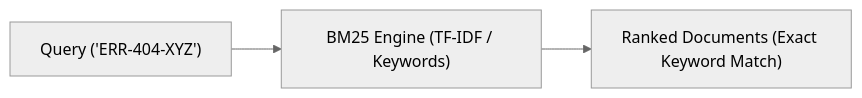
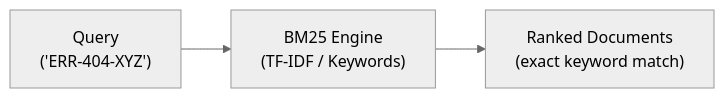
Before and after one commit to satyam0singh/Agentic-AI: the eighth of 13 diagrams in RAG/Retrivers.md, drawn with Mermaid (neutral theme). The commit also changed other lines of this file, not shown here.

````diff
--- a/RAG/Retrivers.md
+++ b/RAG/Retrivers.md
@@ -193,5 +310,4 @@
 ```mermaid
 flowchart LR
-    Q["Query ('ERR-404-XYZ')"] --> BM25["BM25 Engine (TF-IDF / Keywords)"]
-    BM25 --> Docs["Ranked Documents (Exact Keyword Match)"]
+    A["Query<br/>('ERR-404-XYZ')"] --> B["BM25 Engine<br/>(TF-IDF / Keywords)"] --> C["Ranked Documents<br/>(exact keyword match)"]
 ```
````
